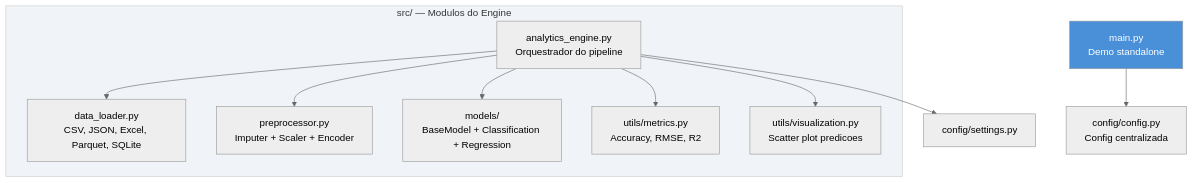
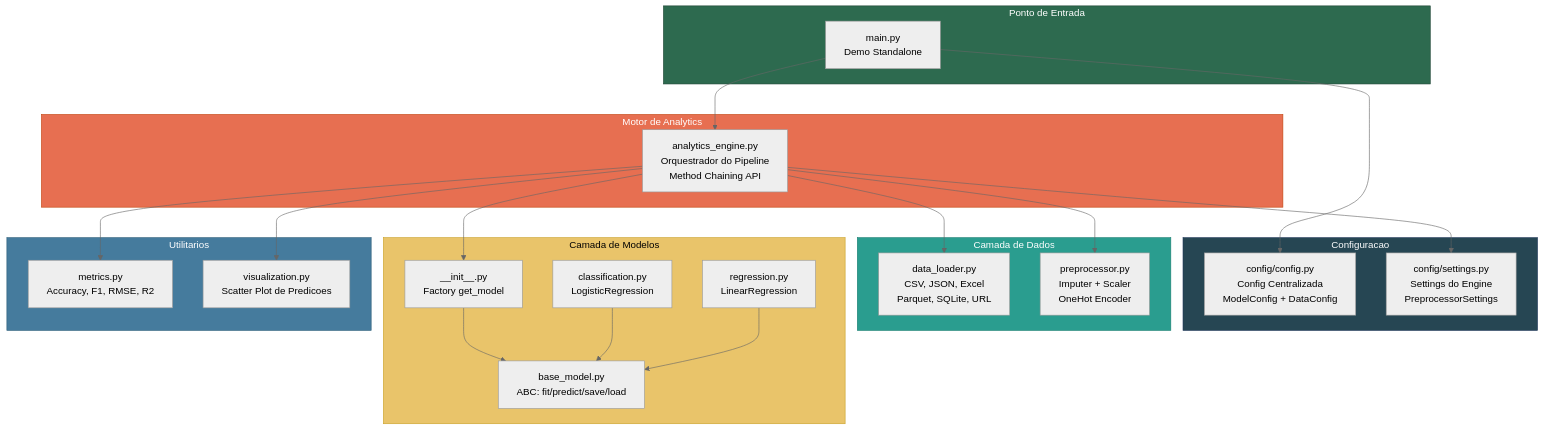
One commit to galafis/Predictive-Analytics-Engine changed the first of 4 diagrams in README.md. Above: the diagram before and after it, drawn with Mermaid (neutral theme). The commit also changed other lines of this file and 6 other files, not shown here.

````diff
--- a/README.md
+++ b/README.md
@@ -32,23 +66,51 @@
 ```mermaid
 graph TD
-    A[main.py<br>Demo standalone] --> B[config/config.py<br>Config centralizada]
-
-    subgraph src["src/ — Modulos do Engine"]
-        C[data_loader.py<br>CSV, JSON, Excel, Parquet, SQLite]
-        D[preprocessor.py<br>Imputer + Scaler + Encoder]
-        E[analytics_engine.py<br>Orquestrador do pipeline]
-        F[models/<br>BaseModel + Classification + Regression]
-        G[utils/metrics.py<br>Accuracy, RMSE, R2]
-        H[utils/visualization.py<br>Scatter plot predicoes]
+    subgraph entry["Ponto de Entrada"]
+        A[main.py<br/>Demo Standalone]
     end
 
-    E --> C
-    E --> D
-    E --> F
-    E --> G
-    E --> H
-    E --> I[config/settings.py]
+    subgraph config["Configuracao"]
+        B[config/config.py<br/>Config Centralizada<br/>ModelConfig + DataConfig]
+        B2[config/settings.py<br/>Settings do Engine<br/>PreprocessorSettings]
+    end
 
-    style A fill:#4a90d9,color:#fff
-    style src fill:#f0f4f8,stroke:#ccc
+    subgraph engine["Motor de Analytics"]
+        C[analytics_engine.py<br/>Orquestrador do Pipeline<br/>Method Chaining API]
+    end
+
+    subgraph data["Camada de Dados"]
+        D[data_loader.py<br/>CSV, JSON, Excel<br/>Parquet, SQLite, URL]
+        D2[preprocessor.py<br/>Imputer + Scaler<br/>OneHot Encoder]
+    end
+
+    subgraph models["Camada de Modelos"]
+        E[base_model.py<br/>ABC: fit/predict/save/load]
+        F[classification.py<br/>LogisticRegression]
+        G[regression.py<br/>LinearRegression]
+        H[__init__.py<br/>Factory get_model]
+    end
+
+    subgraph utils["Utilitarios"]
+        I[metrics.py<br/>Accuracy, F1, RMSE, R2]
+        J[visualization.py<br/>Scatter Plot de Predicoes]
+    end
+
+    A --> B
+    A --> C
+    C --> D
+    C --> D2
+    C --> H
+    C --> I
+    C --> J
+    C --> B2
+    H --> E
+    F --> E
+    G --> E
+
+    style entry fill:#2d6a4f,color:#fff,stroke:#1b4332
+    style config fill:#264653,color:#fff,stroke:#1d3557
+    style engine fill:#e76f51,color:#fff,stroke:#c1440e
+    style data fill:#2a9d8f,color:#fff,stroke:#1a7f72
+    style models fill:#e9c46a,color:#000,stroke:#c9a227
+    style utils fill:#457b9d,color:#fff,stroke:#2d5f7a
 ```
````
